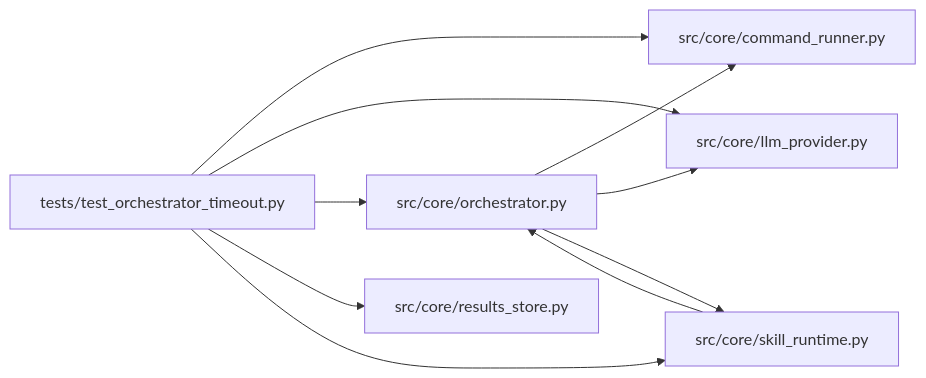
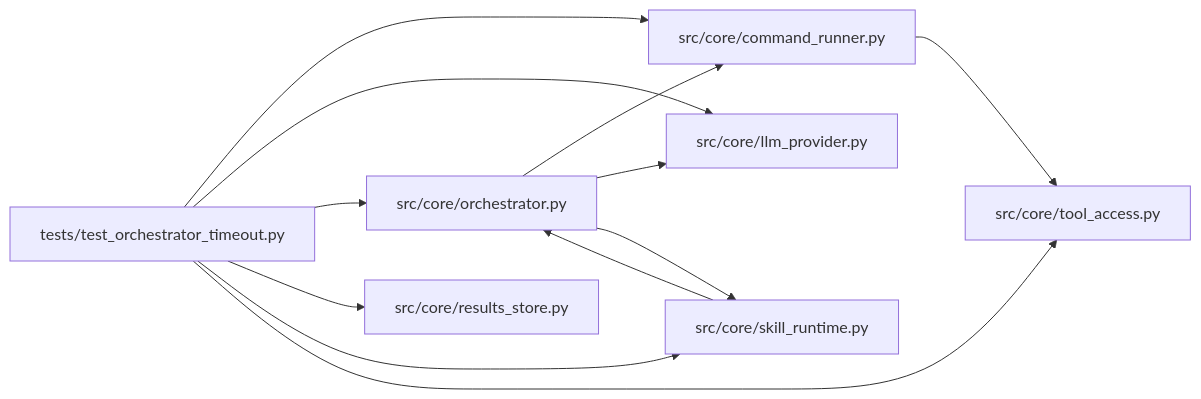
One commit to Denissvgn/autoresearch-agent changed the diagram in docs/llm_wiki/modules/test_orchestrator_timeout.md. Above: the diagram before and after it, drawn with Mermaid. The commit also changed other lines of this file and 73 other files, not shown here.

````diff
--- a/docs/llm_wiki/modules/test_orchestrator_timeout.md
+++ b/docs/llm_wiki/modules/test_orchestrator_timeout.md
@@ -49,24 +50,28 @@
 ```mermaid
 flowchart LR
     n0["src/core/command_runner.py"]
     n1["src/core/llm_provider.py"]
     n2["src/core/orchestrator.py"]
     n3["src/core/results_store.py"]
     n4["src/core/skill_runtime.py"]
-    n5["tests/test_orchestrator_timeout.py"]
+    n5["src/core/tool_access.py"]
+    n6["tests/test_orchestrator_timeout.py"]
+    n0 --> n5
     n2 --> n0
     n2 --> n1
     n2 --> n4
     n4 --> n2
-    n5 --> n0
-    n5 --> n1
-    n5 --> n2
-    n5 --> n3
-    n5 --> n4
+    n6 --> n0
+    n6 --> n1
+    n6 --> n2
+    n6 --> n3
+    n6 --> n4
+    n6 --> n5
     click n0 "../modules/command_runner.md"
     click n1 "../modules/llm_provider.md"
     click n2 "../modules/orchestrator.md"
     click n3 "../modules/results_store.md"
     click n4 "../modules/skill_runtime.md"
-    click n5 "../modules/test_orchestrator_timeout.md"
+    click n5 "../modules/tool_access.md"
+    click n6 "../modules/test_orchestrator_timeout.md"
 ```
````
